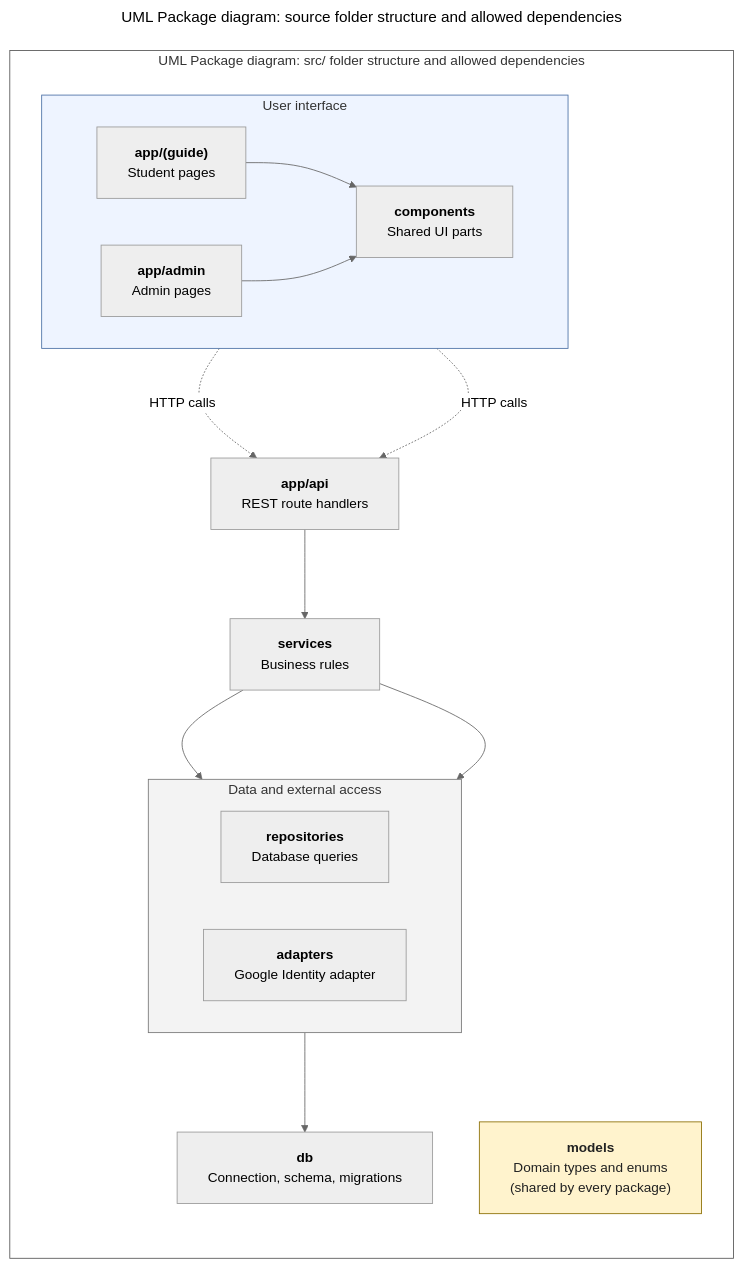
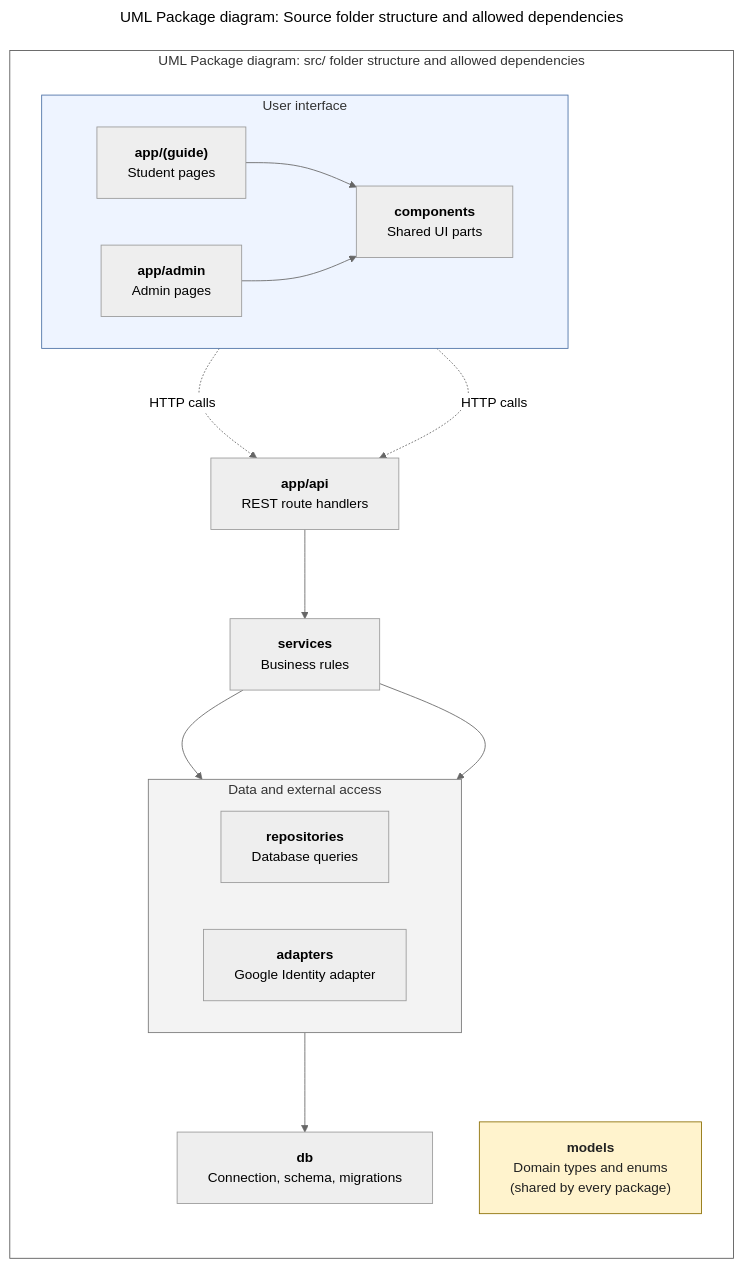
One commit to edoygobole29-ops/Team-Doy changed the diagram in architecture/Team-Doy/packages.md. Above: the diagram before and after it, drawn with Mermaid (neutral theme).

````diff
--- a/architecture/Team-Doy/packages.md
+++ b/architecture/Team-Doy/packages.md
@@ -5,44 +5,44 @@
 ```mermaid
 ---
-title: "UML Package diagram: source folder structure and allowed dependencies"
+title: "UML Package diagram: Source folder structure and allowed dependencies"
 config:
   flowchart:
     wrappingWidth: 340
     nodeSpacing: 55
     rankSpacing: 80
     padding: 18
 ---
 flowchart TB
     subgraph src["UML Package diagram: src/ folder structure and allowed dependencies"]
         direction TB
         subgraph ui["User interface"]
             direction LR
             guide["<b>app/(guide)</b><br/>Student pages"]
             adminp["<b>app/admin</b><br/>Admin pages"]
             comps["<b>components</b><br/>Shared UI parts"]
         end
         api["<b>app/api</b><br/>REST route handlers"]
         services["<b>services</b><br/>Business rules"]
         subgraph access["Data and external access"]
             direction LR
             repos["<b>repositories</b><br/>Database queries"]
             adapters["<b>adapters</b><br/>Google Identity adapter"]
         end
         db["<b>db</b><br/>Connection, schema, migrations"]
         models["<b>models</b><br/>Domain types and enums<br/>(shared by every package)"]
     end
 
     guide --> comps
     adminp --> comps
     guide -.->|"HTTP calls"| api
     adminp -.->|"HTTP calls"| api
     api --> services
     services --> repos
     services --> adapters
     repos --> db
 
     style src fill:none,stroke:#555
     style ui fill:#eef4ff,stroke:#4a6fa5
     style access fill:#f3f3f3,stroke:#777
     style models fill:#fff3cd,stroke:#8a6d00,color:#222
 ```
````
